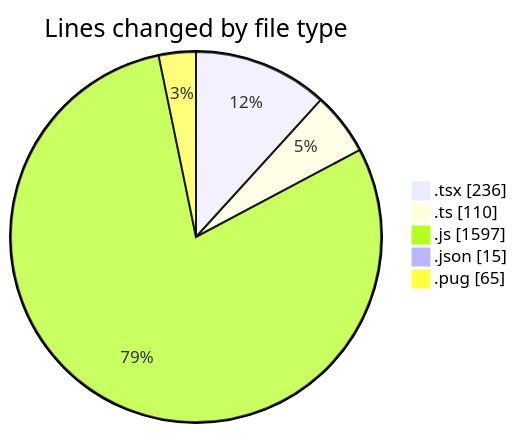
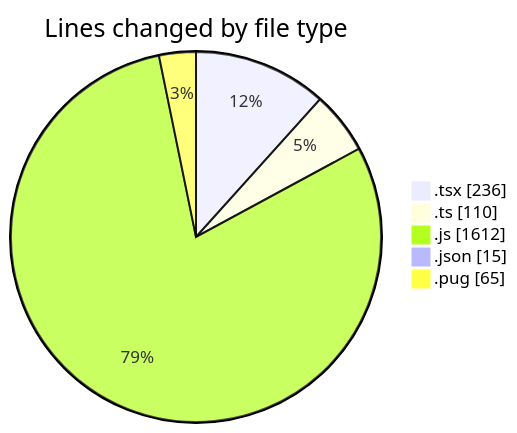
One commit to momahboobian/code-tracking changed the first of 2 diagrams in 2025-03-24/cda/README.md. Above: the diagram before and after it, drawn with Mermaid. The commit also changed other lines of this file and 1 other file, not shown here.

````diff
--- a/2025-03-24/cda/README.md
+++ b/2025-03-24/cda/README.md
@@ -30,9 +30,9 @@
 ```mermaid
 pie showData
 title Lines changed by file type
 ".tsx" : 236
 ".ts" : 110
-".js" : 1597
+".js" : 1612
 ".json" : 15
 ".pug" : 65
 ```
````
